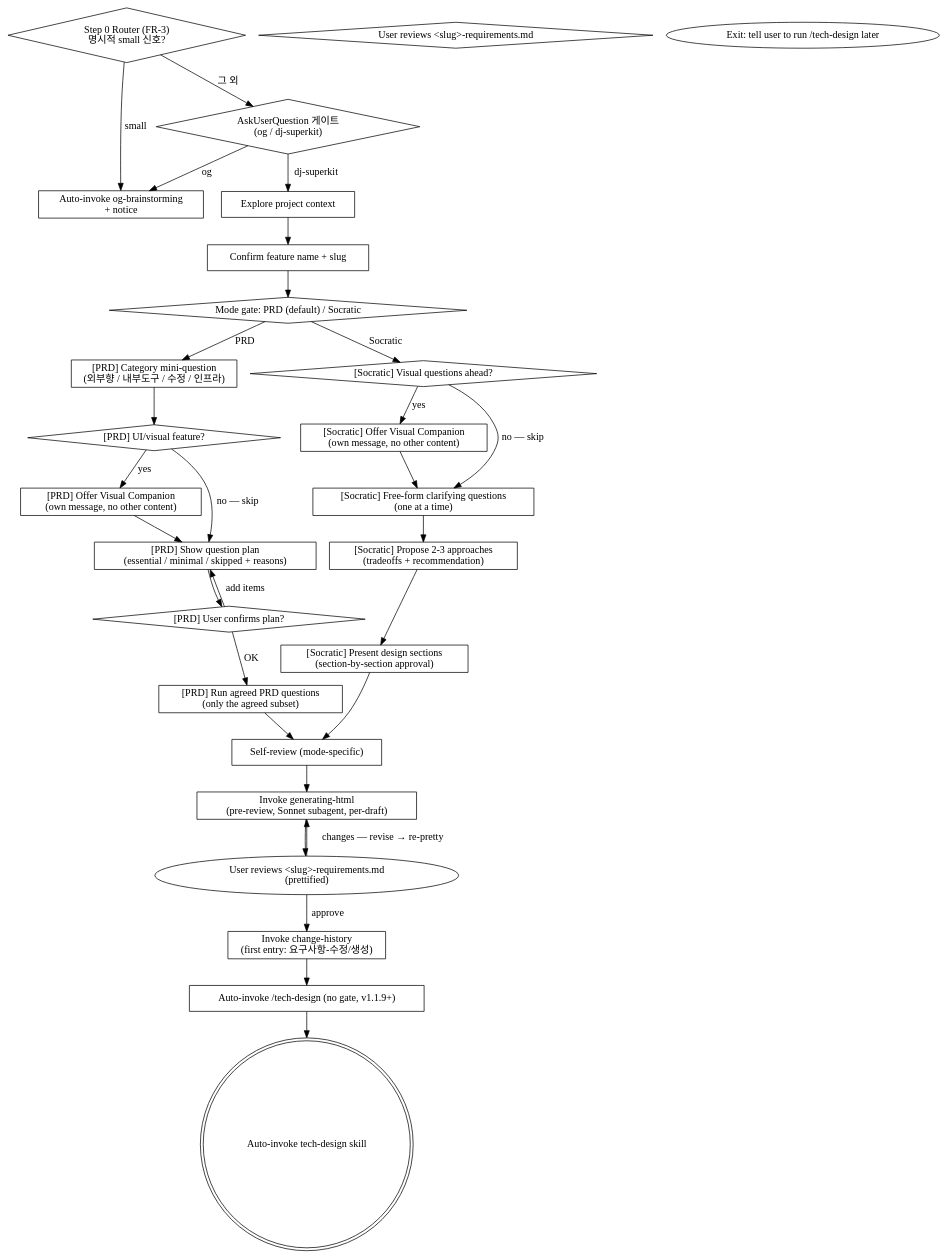
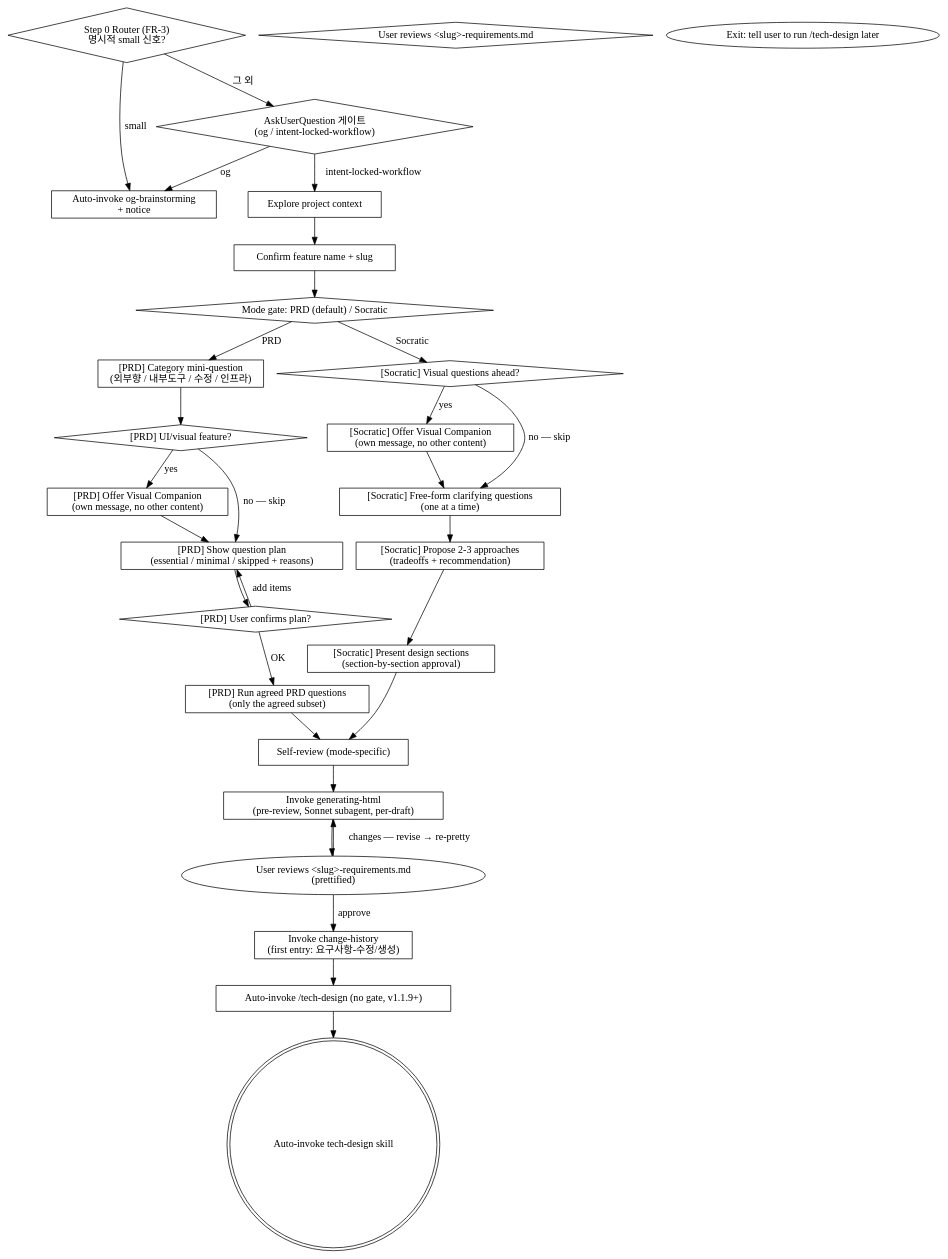
Before and after one commit to deokjinlog/intent-locked-workflow: the diagram in skills/brainstorming/SKILL.md, drawn with Graphviz. The commit also changed other lines of this file and 76 other files, not shown here.

````diff
--- a/skills/brainstorming/SKILL.md
+++ b/skills/brainstorming/SKILL.md
@@ -121,63 +121,63 @@
 ```dot
 digraph brainstorm_flow {
     "Step 0 Router (FR-3)\n명시적 small 신호?" [shape=diamond];
     "Auto-invoke og-brainstorming\n+ notice" [shape=box];
-    "AskUserQuestion 게이트\n(og / dj-superkit)" [shape=diamond];
+    "AskUserQuestion 게이트\n(og / intent-locked-workflow)" [shape=diamond];
     "Explore project context" [shape=box];
     "Confirm feature name + slug" [shape=box];
     "Mode gate: PRD (default) / Socratic" [shape=diamond];
 
     "[PRD] Category mini-question\n(외부향 / 내부도구 / 수정 / 인프라)" [shape=box];
     "[PRD] UI/visual feature?" [shape=diamond];
     "[PRD] Offer Visual Companion\n(own message, no other content)" [shape=box];
     "[PRD] Show question plan\n(essential / minimal / skipped + reasons)" [shape=box];
     "[PRD] User confirms plan?" [shape=diamond];
     "[PRD] Run agreed PRD questions\n(only the agreed subset)" [shape=box];
 
     "[Socratic] Visual questions ahead?" [shape=diamond];
     "[Socratic] Offer Visual Companion\n(own message, no other content)" [shape=box];
     "[Socratic] Free-form clarifying questions\n(one at a time)" [shape=box];
     "[Socratic] Propose 2-3 approaches\n(tradeoffs + recommendation)" [shape=box];
     "[Socratic] Present design sections\n(section-by-section approval)" [shape=box];
 
     "Self-review (mode-specific)" [shape=box];
     "User reviews <slug>-requirements.md" [shape=diamond];
     "Invoke generating-html\n(pre-review, Sonnet subagent, per-draft)" [shape=box];
     "Invoke change-history\n(first entry: 요구사항-수정/생성)" [shape=box];
     "Auto-invoke /tech-design (no gate, v1.1.9+)" [shape=box];
     "Auto-invoke tech-design skill" [shape=doublecircle];
     "Exit: tell user to run /tech-design later" [shape=oval];
 
     "Step 0 Router (FR-3)\n명시적 small 신호?" -> "Auto-invoke og-brainstorming\n+ notice" [label="small"];
-    "Step 0 Router (FR-3)\n명시적 small 신호?" -> "AskUserQuestion 게이트\n(og / dj-superkit)" [label="그 외"];
-    "AskUserQuestion 게이트\n(og / dj-superkit)" -> "Auto-invoke og-brainstorming\n+ notice" [label="og"];
-    "AskUserQuestion 게이트\n(og / dj-superkit)" -> "Explore project context" [label="dj-superkit"];
+    "Step 0 Router (FR-3)\n명시적 small 신호?" -> "AskUserQuestion 게이트\n(og / intent-locked-workflow)" [label="그 외"];
+    "AskUserQuestion 게이트\n(og / intent-locked-workflow)" -> "Auto-invoke og-brainstorming\n+ notice" [label="og"];
+    "AskUserQuestion 게이트\n(og / intent-locked-workflow)" -> "Explore project context" [label="intent-locked-workflow"];
     "Explore project context" -> "Confirm feature name + slug";
     "Confirm feature name + slug" -> "Mode gate: PRD (default) / Socratic";
 
     "Mode gate: PRD (default) / Socratic" -> "[PRD] Category mini-question\n(외부향 / 내부도구 / 수정 / 인프라)" [label="PRD"];
     "[PRD] Category mini-question\n(외부향 / 내부도구 / 수정 / 인프라)" -> "[PRD] UI/visual feature?";
     "[PRD] UI/visual feature?" -> "[PRD] Offer Visual Companion\n(own message, no other content)" [label="yes"];
     "[PRD] UI/visual feature?" -> "[PRD] Show question plan\n(essential / minimal / skipped + reasons)" [label="no — skip"];
     "[PRD] Offer Visual Companion\n(own message, no other content)" -> "[PRD] Show question plan\n(essential / minimal / skipped + reasons)";
     "[PRD] Show question plan\n(essential / minimal / skipped + reasons)" -> "[PRD] User confirms plan?";
     "[PRD] User confirms plan?" -> "[PRD] Show question plan\n(essential / minimal / skipped + reasons)" [label="add items"];
     "[PRD] User confirms plan?" -> "[PRD] Run agreed PRD questions\n(only the agreed subset)" [label="OK"];
     "[PRD] Run agreed PRD questions\n(only the agreed subset)" -> "Self-review (mode-specific)";
 
     "Mode gate: PRD (default) / Socratic" -> "[Socratic] Visual questions ahead?" [label="Socratic"];
     "[Socratic] Visual questions ahead?" -> "[Socratic] Offer Visual Companion\n(own message, no other content)" [label="yes"];
     "[Socratic] Visual questions ahead?" -> "[Socratic] Free-form clarifying questions\n(one at a time)" [label="no — skip"];
     "[Socratic] Offer Visual Companion\n(own message, no other content)" -> "[Socratic] Free-form clarifying questions\n(one at a time)";
     "[Socratic] Free-form clarifying questions\n(one at a time)" -> "[Socratic] Propose 2-3 approaches\n(tradeoffs + recommendation)";
     "[Socratic] Propose 2-3 approaches\n(tradeoffs + recommendation)" -> "[Socratic] Present design sections\n(section-by-section approval)";
     "[Socratic] Present design sections\n(section-by-section approval)" -> "Self-review (mode-specific)";
 
     "Self-review (mode-specific)" -> "Invoke generating-html\n(pre-review, Sonnet subagent, per-draft)";
     "Invoke generating-html\n(pre-review, Sonnet subagent, per-draft)" -> "User reviews <slug>-requirements.md\n(prettified)";
     "User reviews <slug>-requirements.md\n(prettified)" -> "Invoke generating-html\n(pre-review, Sonnet subagent, per-draft)" [label="changes — revise → re-pretty"];
     "User reviews <slug>-requirements.md\n(prettified)" -> "Invoke change-history\n(first entry: 요구사항-수정/생성)" [label="approve"];
     "Invoke change-history\n(first entry: 요구사항-수정/생성)" -> "Auto-invoke /tech-design (no gate, v1.1.9+)";
     "Auto-invoke /tech-design (no gate, v1.1.9+)" -> "Auto-invoke tech-design skill";
 }
 ```
````
